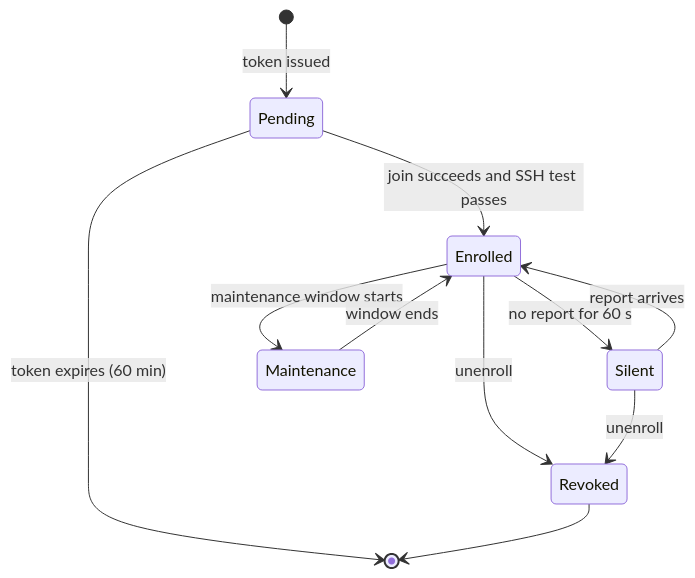
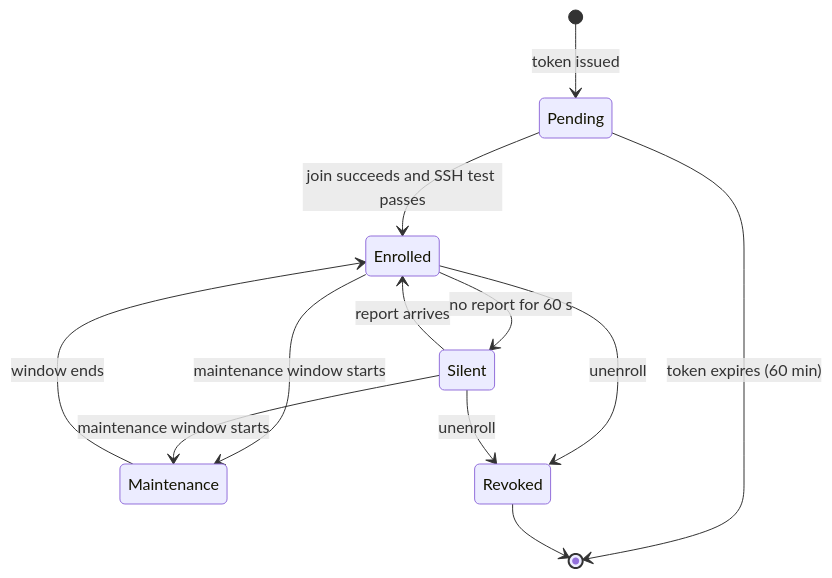
One commit to StrangeMatterStudio/Rackhand changed the fourth of 7 diagrams in docs/designs/0001-architecture/design.md. Above: the diagram before and after it, drawn with Mermaid. The commit also changed other lines of this file, not shown here.

````diff
--- a/docs/designs/0001-architecture/design.md
+++ b/docs/designs/0001-architecture/design.md
@@ -852,13 +889,14 @@
 ```mermaid
 stateDiagram-v2
   [*] --> Pending: token issued
   Pending --> Enrolled: join succeeds and SSH test passes
   Pending --> [*]: token expires (60 min)
   Enrolled --> Silent: no report for 60 s
   Silent --> Enrolled: report arrives
   Enrolled --> Maintenance: maintenance window starts
+  Silent --> Maintenance: maintenance window starts
   Maintenance --> Enrolled: window ends
   Enrolled --> Revoked: unenroll
   Silent --> Revoked: unenroll
   Revoked --> [*]
 ```
````
